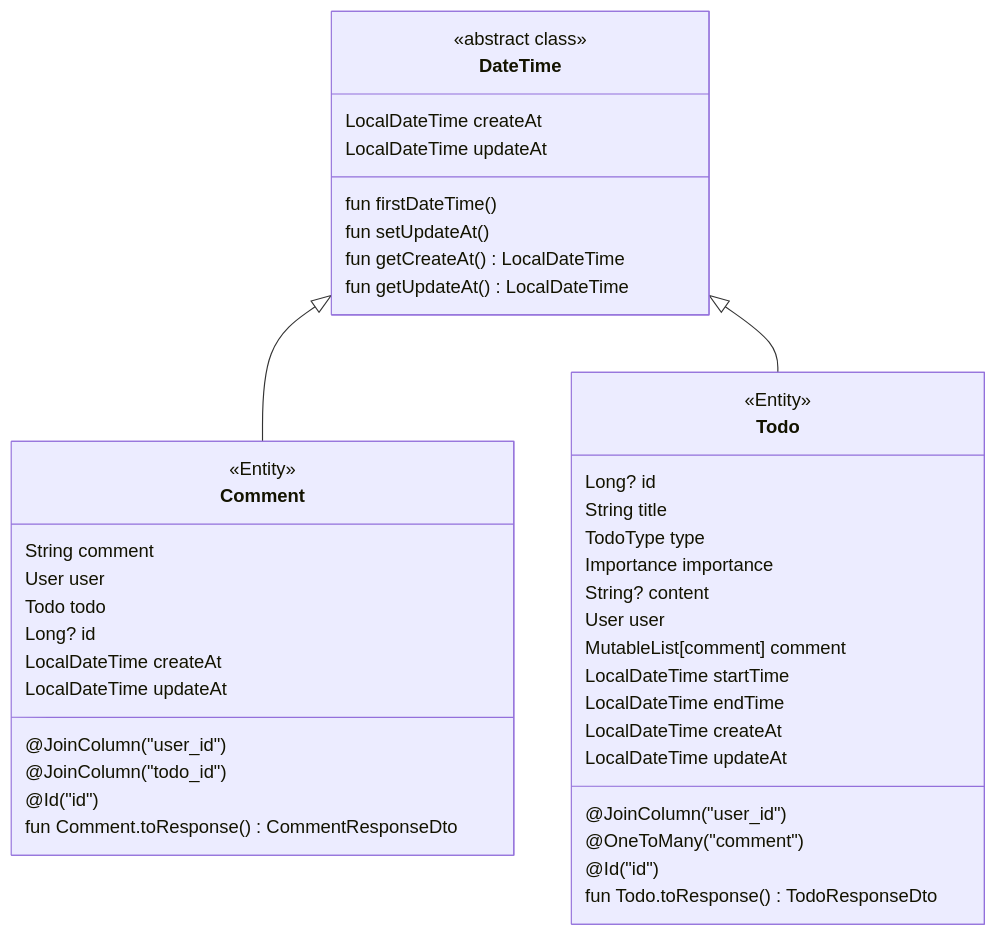
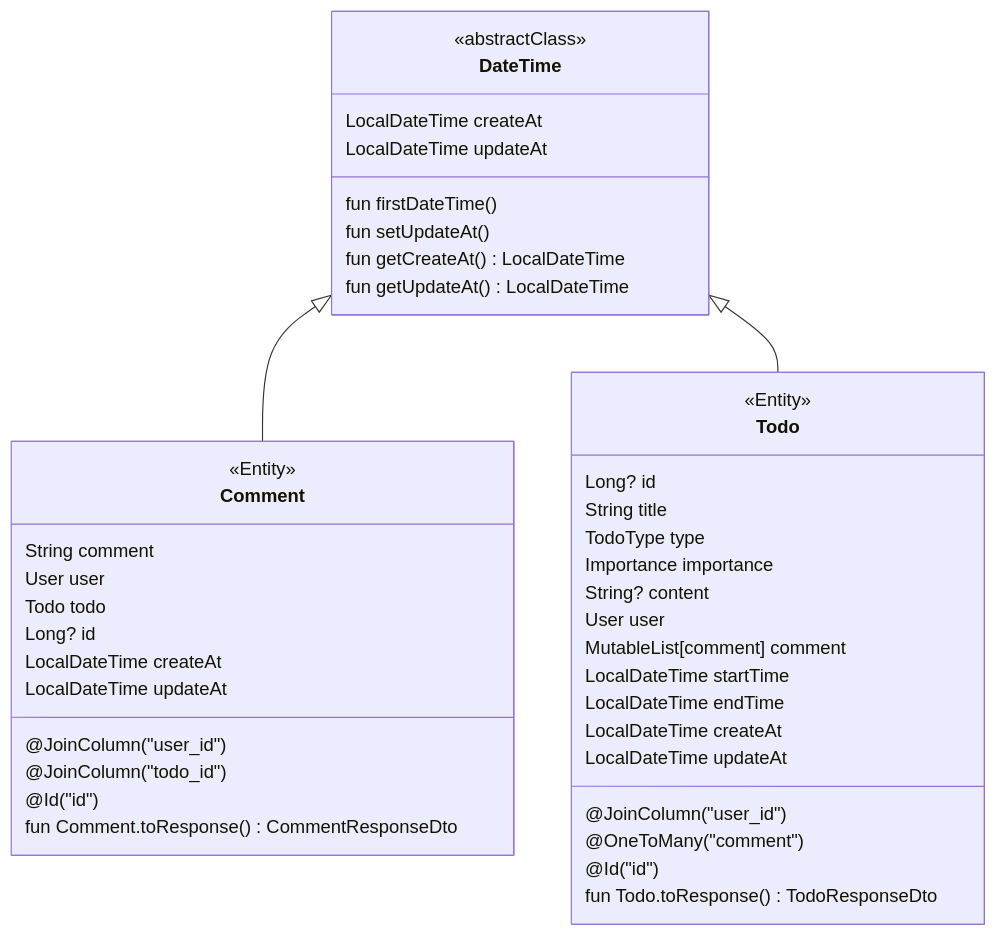
The second of 5 diagrams in README.md (Ppajingae/HW_todo), drawn with Mermaid before and after one commit.

Commit message:
변경

````diff
--- a/README.md
+++ b/README.md
@@ -154,56 +154,56 @@
 ```mermaid
 classDiagram
 
 DateTime <|-- Comment
 DateTime <|-- Todo
 
 class DateTime{
-    <<abstract class>>
+    <<abstractClass>>
     LocalDateTime createAt 
     LocalDateTime updateAt 
 
     fun firstDateTime()
     fun setUpdateAt()
     fun getCreateAt()LocalDateTime
     fun getUpdateAt()LocalDateTime
 }
 
 class Comment{
     <<Entity>>
 
     String comment
     User user
     Todo todo 
     Long? id  
     LocalDateTime createAt 
     LocalDateTime updateAt 
 
     @JoinColumn("user_id")
     @JoinColumn("todo_id")
     @Id("id")
 
     fun Comment.toResponse()CommentResponseDto
 }
 
 class Todo{
     <<Entity>>
     
     Long? id
     String title 
     TodoType type 
     Importance importance
     String? content
     User user
     MutableList[comment] comment
     LocalDateTime startTime
     LocalDateTime endTime
     LocalDateTime createAt
     LocalDateTime updateAt
 
     @JoinColumn("user_id")
     @OneToMany("comment")
     @Id("id")
 
     fun Todo.toResponse()TodoResponseDto
 }
 ```
````
